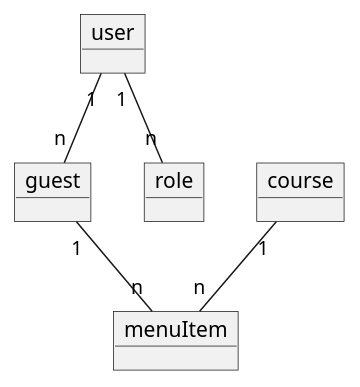
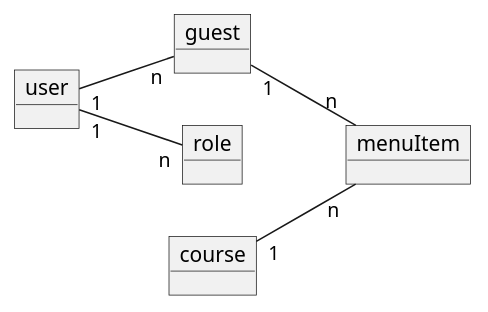
The diagram in domain.puml (kirbby/Menu_Selector), drawn with PlantUML before and after one commit.

Commit message:
Add UML class diagram

```diff
--- a/domain.puml
+++ b/domain.puml
@@ -1,12 +1,15 @@
 @startuml test
+left to right direction
+
 object user
 object guest
 object menuItem
 object course
 object role
 
 user "1" -- "n" guest
 user "1" -- "n" role
 guest "1" -- "n" menuItem
 course "1" -- "n" menuItem
+
 @enduml
```
